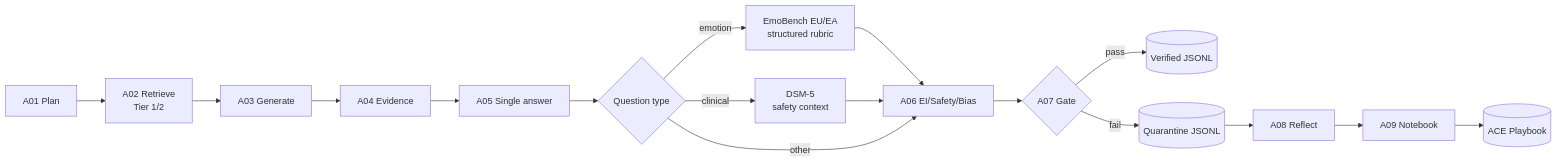
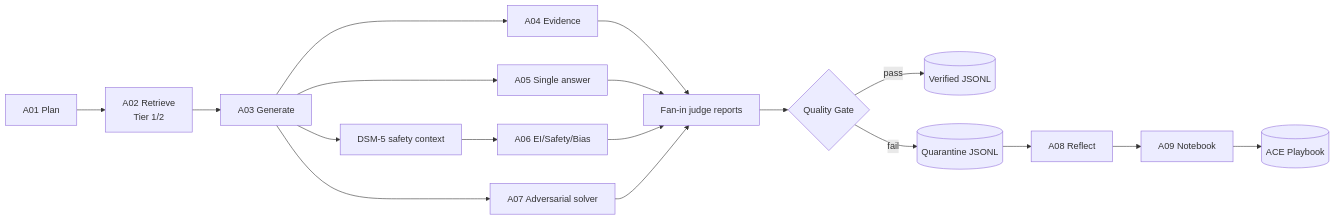
The diagram in README.md (Hieurezdev/ViMindBench), drawn with Mermaid before and after one commit. The commit also changed other lines of this file and 11 other files, not shown here.

````diff
--- a/README.md
+++ b/README.md
@@ -15,13 +15,15 @@
 ```mermaid
 flowchart LR
     A01["A01 Plan"] --> A02["A02 Retrieve\nTier 1/2"] --> A03["A03 Generate"]
-    A03 --> A04["A04 Evidence"] --> A05["A05 Single answer"]
-    A05 --> Kind{"Question type"}
-    Kind -->|emotion| EB["EmoBench EU/EA\nstructured rubric"] --> A06["A06 EI/Safety/Bias"]
-    Kind -->|clinical| DSM["DSM-5\nsafety context"] --> A06
-    Kind -->|other| A06
-    A06 --> A07{"A07 Gate"}
-    A07 -->|pass| V[("Verified JSONL")]
-    A07 -->|fail| Q[("Quarantine JSONL")] --> A08["A08 Reflect"] --> A09["A09 Notebook"]
+    A03 --> A04["A04 Evidence"]
+    A03 --> A05["A05 Single answer"]
+    A03 --> Solver["A07 Adversarial solver"]
+    A03 --> DSM["DSM-5 safety context"] --> A06["A06 EI/Safety/Bias"]
+    A04 --> Join["Fan-in judge reports"]
+    A05 --> Join
+    A06 --> Join
+    Solver --> Join --> Gate{"Quality Gate"}
+    Gate -->|pass| V[("Verified JSONL")]
+    Gate -->|fail| Q[("Quarantine JSONL")] --> A08["A08 Reflect"] --> A09["A09 Notebook"]
     A09 --> PB[("ACE Playbook")]
 ```
````
